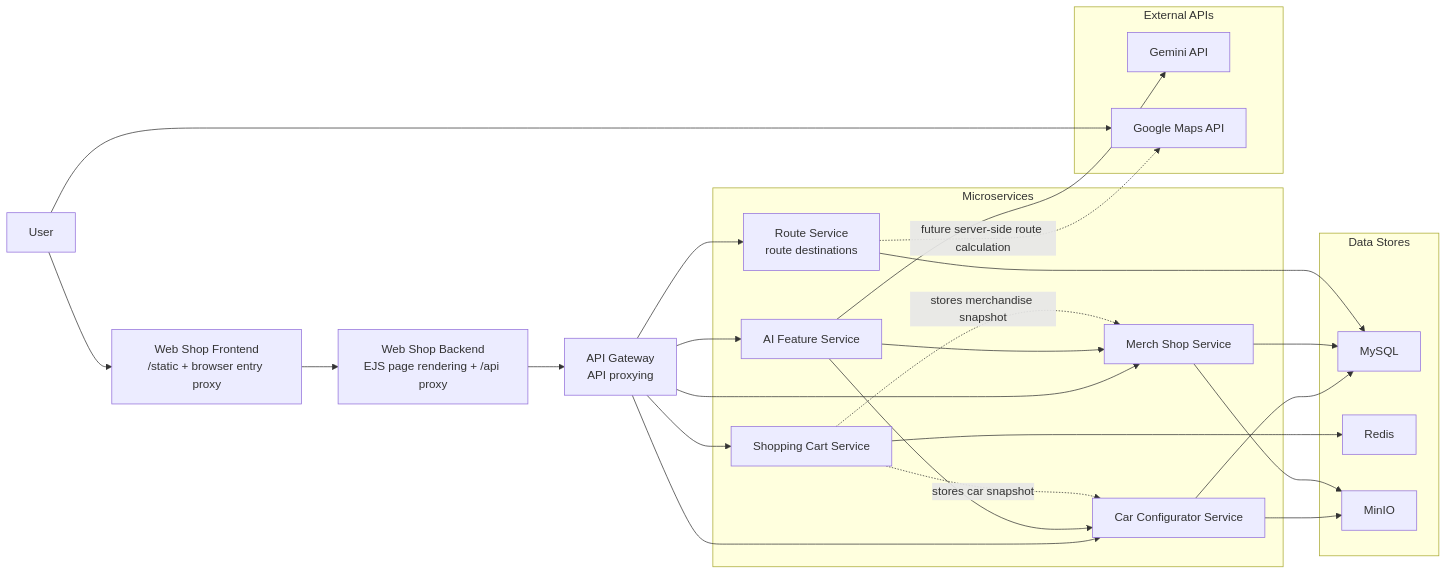
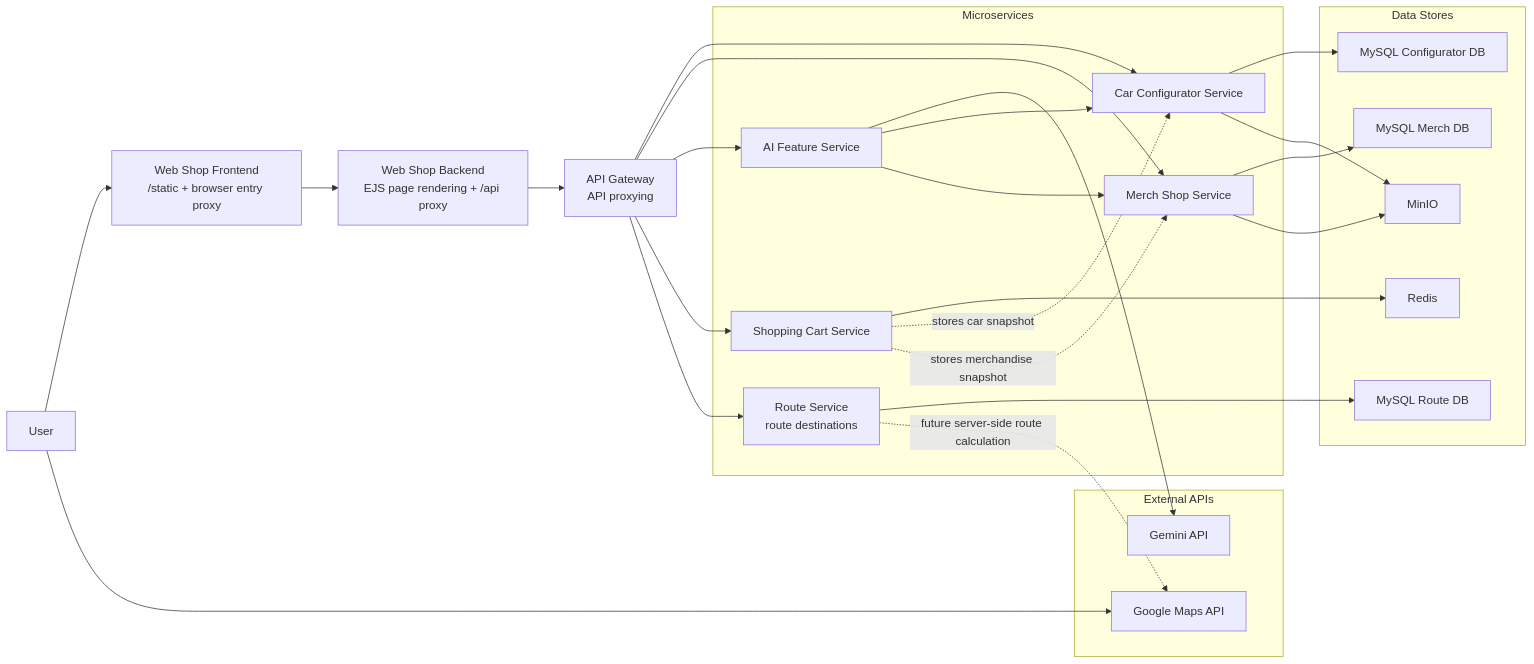
One commit to CloudBasedWebApplication/bmw changed the diagram in docs/architecture.md. Above: the diagram before and after it, drawn with Mermaid. The commit also changed other lines of this file and 12 other files, not shown here.

````diff
--- a/docs/architecture.md
+++ b/docs/architecture.md
@@ -13,56 +13,58 @@
 ```mermaid
 flowchart LR
     user["User"]
     frontend["Web Shop Frontend\n/static + browser entry proxy"]
     backendPresentation["Web Shop Backend\nEJS page rendering + /api proxy"]
     gateway["API Gateway\nAPI proxying"]
 
     subgraph backend["Microservices"]
         configurator["Car Configurator Service"]
         merchandise["Merch Shop Service"]
         ai["AI Feature Service"]
         cart["Shopping Cart Service"]
         route["Route Service\nroute destinations"]
     end
 
     subgraph data["Data Stores"]
-        mysql["MySQL"]
+        mysqlConfigurator["MySQL Configurator DB"]
+        mysqlMerch["MySQL Merch DB"]
+        mysqlRoute["MySQL Route DB"]
         redis["Redis"]
         minio["MinIO"]
     end
 
     subgraph external["External APIs"]
         gemini["Gemini API"]
         googlemaps["Google Maps API"]
     end
 
     user --> frontend
     frontend --> backendPresentation
     backendPresentation --> gateway
 
     gateway --> configurator
     gateway --> merchandise
     gateway --> ai
     gateway --> cart
     gateway --> route
 
     user --> googlemaps
 
-    configurator --> mysql
+    configurator --> mysqlConfigurator
     configurator --> minio
 
-    merchandise --> mysql
+    merchandise --> mysqlMerch
     merchandise --> minio
 
     ai --> gemini
     ai --> configurator
     ai --> merchandise
 
     cart --> redis
-    route --> mysql
+    route --> mysqlRoute
 
     route -. "future server-side route calculation" .-> googlemaps
 
     cart -. "stores car snapshot" .-> configurator
     cart -. "stores merchandise snapshot" .-> merchandise
 ```
````
